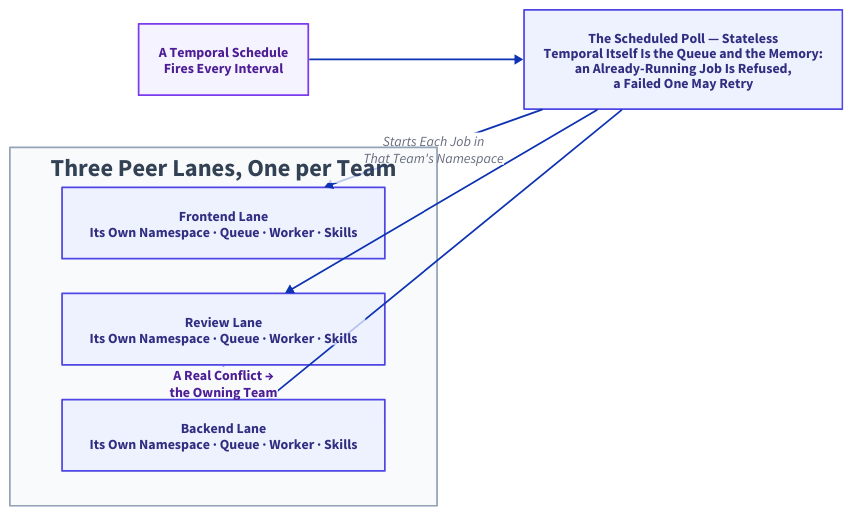
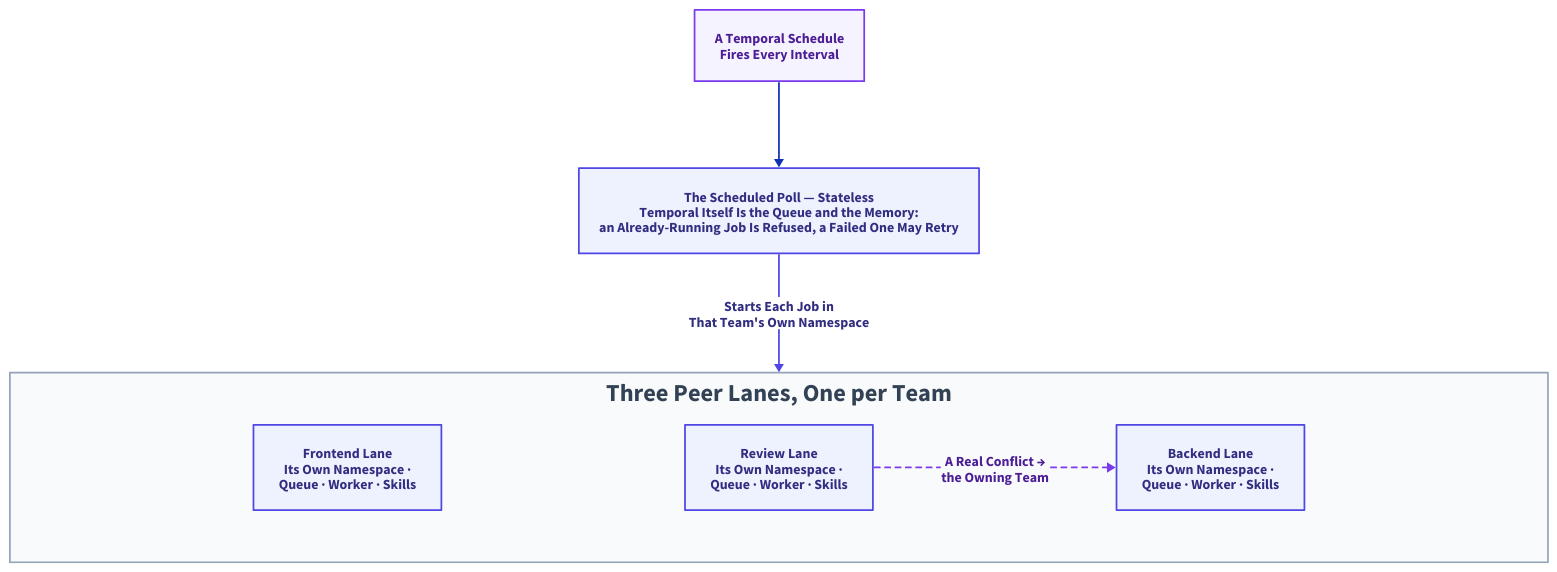
Before and after one commit to thumarrushik/crash-proof-team-of-coding-agents: the diagram in assets/diagram-src/lanes.d2, drawn with D2. The commit also changed 1 other file, not shown here.

Commit message:
Restructure lanes diagram: top-down flow, one labeled edge into the container, side-by-side lanes with a visible conflict hop

```diff
--- a/assets/diagram-src/lanes.d2
+++ b/assets/diagram-src/lanes.d2
@@ -1,34 +1,34 @@
 # Trusted by the queue, not the prompt: three identical PEER lanes;
 # only the queue they poll differs. The poll and the escalation both
 # cross namespaces the same way: a client call from inside an activity.
-direction: right
-horizontal-gap: 110
+direction: down
+vertical-gap: 110
 
 sched: "A Temporal Schedule\nFires Every Interval" {
   style: {fill: "#f5f3ff"; stroke: "#7c3aed"; font-color: "#4c1d95"; bold: true}
 }
-poll: "The Scheduled Poll — Stateless\nTemporal Itself Is the Queue and the Memory:\nan Already-Running Job Is Refused,\na Failed One May Retry" {
+poll: "The Scheduled Poll — Stateless\nTemporal Itself Is the Queue and the Memory:\nan Already-Running Job Is Refused, a Failed One May Retry" {
   style: {fill: "#eef2ff"; stroke: "#4f46e5"; font-color: "#312e81"; bold: true}
 }
 teams: "Three Peer Lanes, One per Team" {
-  grid-columns: 1
-  vertical-gap: 40
+  grid-columns: 3
+  horizontal-gap: 280
   style: {fill: "#f8fafc"; stroke: "#94a3b8"; font-color: "#334155"; bold: true}
-  frontend: "Frontend Lane\nIts Own Namespace · Queue · Worker · Skills" {
+  frontend: "Frontend Lane\nIts Own Namespace ·\nQueue · Worker · Skills" {
     style: {fill: "#eef2ff"; stroke: "#4f46e5"; font-color: "#312e81"; bold: true}
   }
-  review: "Review Lane\nIts Own Namespace · Queue · Worker · Skills" {
+  review: "Review Lane\nIts Own Namespace ·\nQueue · Worker · Skills" {
     style: {fill: "#eef2ff"; stroke: "#4f46e5"; font-color: "#312e81"; bold: true}
   }
-  backend: "Backend Lane\nIts Own Namespace · Queue · Worker · Skills" {
+  backend: "Backend Lane\nIts Own Namespace ·\nQueue · Worker · Skills" {
     style: {fill: "#eef2ff"; stroke: "#4f46e5"; font-color: "#312e81"; bold: true}
   }
 }
 
 sched -> poll
-poll -> teams.frontend: "Starts Each Job in\nThat Team's Namespace"
-poll -> teams.review
-poll -> teams.backend
+poll -> teams: "Starts Each Job in\nThat Team's Own Namespace" {
+  style: {stroke: "#4f46e5"; font-color: "#312e81"; bold: true}
+}
 teams.review -> teams.backend: "A Real Conflict →\nthe Owning Team" {
   style: {stroke-dash: 3; stroke: "#7c3aed"; font-color: "#4c1d95"; bold: true}
 }
```
